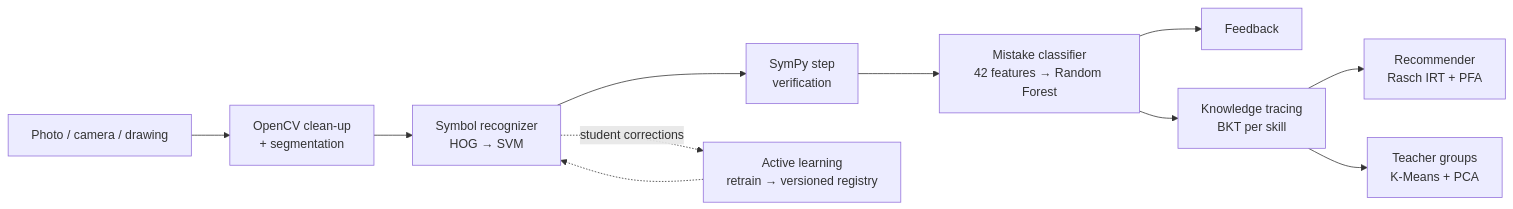
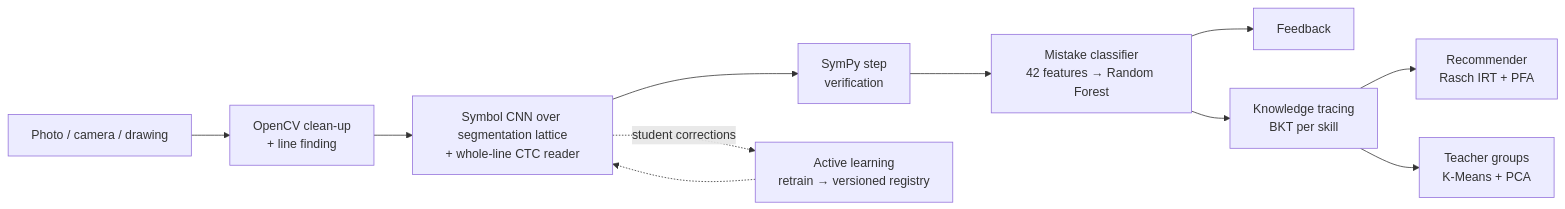
One commit to siddsal10/ML changed the diagram in README.md. Above: the diagram before and after it, drawn with Mermaid. The commit also changed other lines of this file, not shown here.

````diff
--- a/README.md
+++ b/README.md
@@ -22,13 +25,13 @@
 ```mermaid
 flowchart LR
-    A[Photo / camera / drawing] --> B[OpenCV clean-up<br/>+ segmentation]
-    B --> C[Symbol recognizer<br/>HOG → SVM]
+    A[Photo / camera / drawing] --> B[OpenCV clean-up<br/>+ line finding]
+    B --> C[Symbol CNN over segmentation lattice<br/>+ whole-line CTC reader]
     C --> D[SymPy step<br/>verification]
     D --> E[Mistake classifier<br/>42 features → Random Forest]
     E --> F[Feedback]
     E --> G[Knowledge tracing<br/>BKT per skill]
     G --> H[Recommender<br/>Rasch IRT + PFA]
     G --> I[Teacher groups<br/>K-Means + PCA]
     C -. student corrections .-> J[Active learning<br/>retrain → versioned registry]
     J -.-> C
 ```
````
